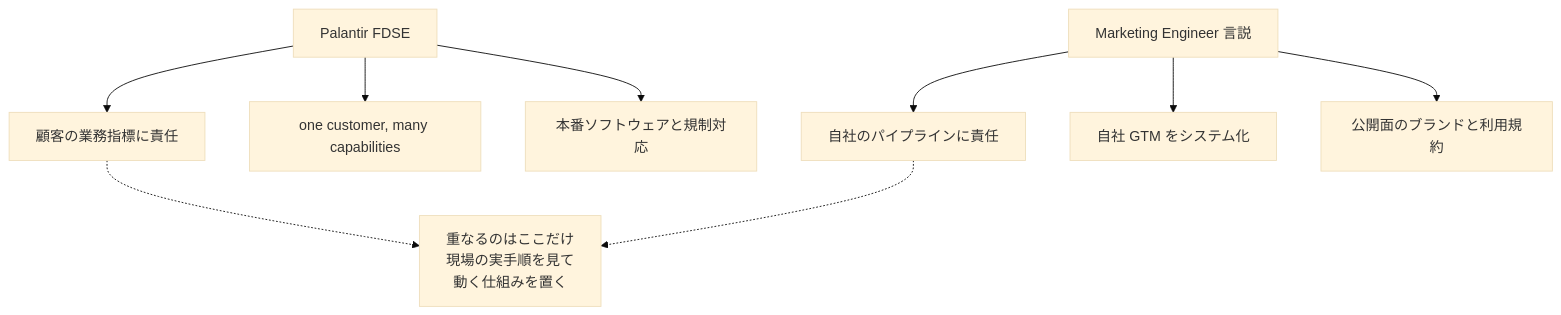
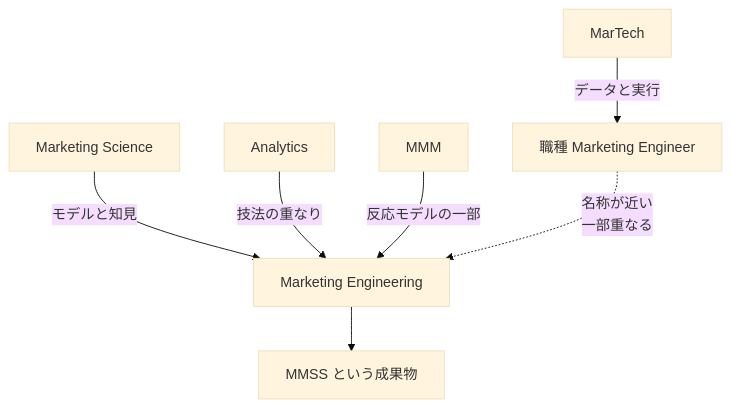
The third of 3 diagrams in articles/marketing-engineer-2026_20260907.md (suwa-sh/zenn-contents), drawn with Mermaid (base theme) before and after one commit. The commit also changed other lines of this file and 2 other files, not shown here.

Commit message:
docs: update Zenn draft marketing-engineer-2026_20260907

````diff
--- a/articles/marketing-engineer-2026_20260907.md
+++ b/articles/marketing-engineer-2026_20260907.md
@@ -101,11 +169,9 @@
 ```mermaid
 flowchart TD
-  fde["Palantir FDSE"] --> c1["顧客の業務指標に責任"]
-  fde --> c2["one customer, many capabilities"]
-  fde --> c3["本番ソフトウェアと規制対応"]
-  me["Marketing Engineer 言説"] --> g1["自社のパイプラインに責任"]
-  me --> g2["自社 GTM をシステム化"]
-  me --> g3["公開面のブランドと利用規約"]
-  c1 -.-> overlap["重なるのはここだけ<br/>現場の実手順を見て<br/>動く仕組みを置く"]
-  g1 -.-> overlap
+  MS["Marketing Science"] -->|"モデルと知見"| ME["Marketing Engineering"]
+  ME --> MMSS["MMSS という成果物"]
+  AN["Analytics"] -->|"技法の重なり"| ME
+  MMM["MMM"] -->|"反応モデルの一部"| ME
+  MT["MarTech"] -->|"データと実行"| JOB["職種 Marketing Engineer"]
+  JOB -.->|"名称が近い<br/>一部重なる"| ME
 ```
````
